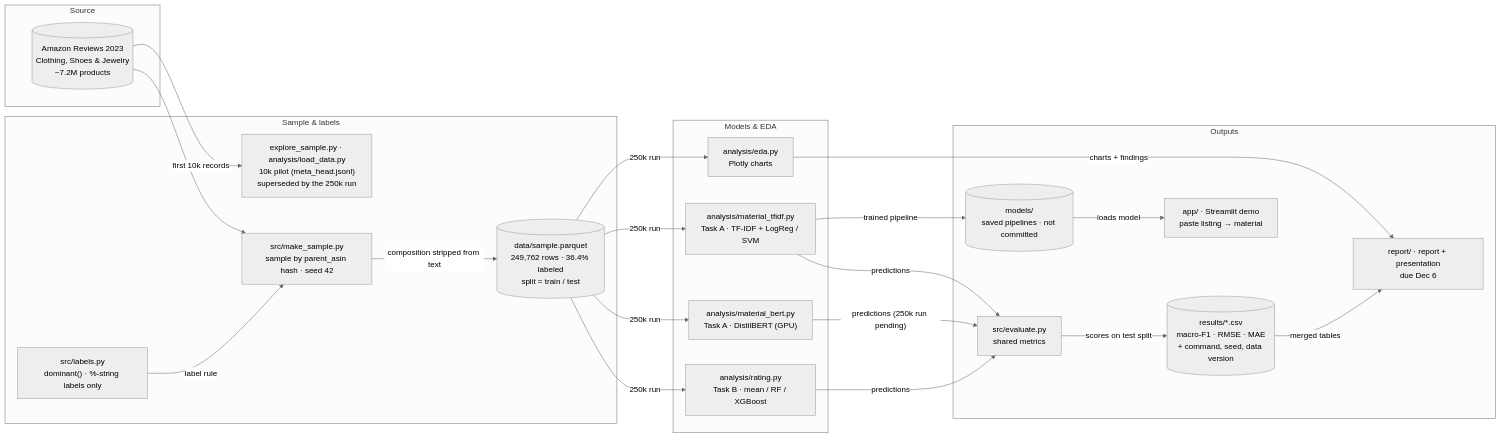
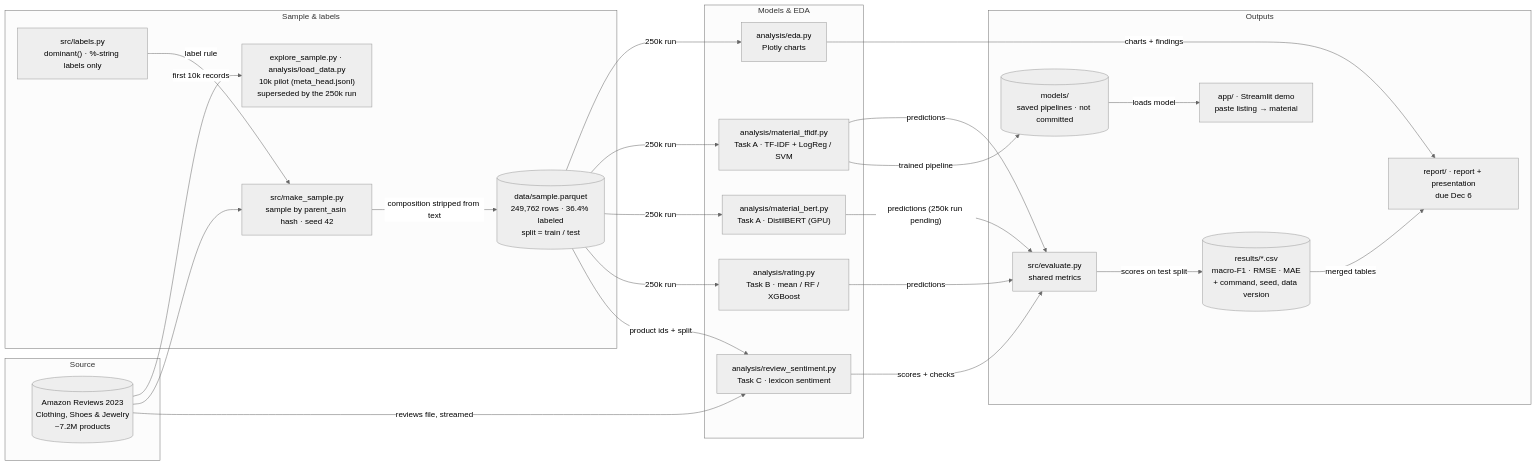
One commit to johnha912/amazon-clothing-material changed the diagram in report/assets/project-pipeline.mmd. Above: the diagram before and after it, drawn with Mermaid (neutral theme). The commit also changed 33 other files, not shown here.

```diff
--- a/report/assets/project-pipeline.mmd
+++ b/report/assets/project-pipeline.mmd
@@ -1,43 +1,47 @@
 flowchart LR
     subgraph S0["Source"]
         hf[("Amazon Reviews 2023<br/>Clothing, Shoes & Jewelry<br/>~7.2M products")]
     end
 
     subgraph S1["Sample & labels"]
         pilot["explore_sample.py · analysis/load_data.py<br/>10k pilot (meta_head.jsonl)<br/>superseded by the 250k run"]
         labels["src/labels.py<br/>dominant() · %-string labels only"]
         makesample["src/make_sample.py<br/>sample by parent_asin hash · seed 42"]
         sample[("data/sample.parquet<br/>249,762 rows · 36.4% labeled<br/>split = train / test")]
     end
 
     subgraph S2["Models & EDA"]
         eda["analysis/eda.py<br/>Plotly charts"]
         tfidf["analysis/material_tfidf.py<br/>Task A · TF-IDF + LogReg / SVM"]
         bert["analysis/material_bert.py<br/>Task A · DistilBERT (GPU)"]
         rating["analysis/rating.py<br/>Task B · mean / RF / XGBoost"]
+        sent["analysis/review_sentiment.py<br/>Task C · lexicon sentiment"]
     end
 
     subgraph S3["Outputs"]
         evaluate["src/evaluate.py<br/>shared metrics"]
         results[("results/*.csv<br/>macro-F1 · RMSE · MAE<br/>+ command, seed, data version")]
         model[("models/<br/>saved pipelines · not committed")]
         app["app/ · Streamlit demo<br/>paste listing → material"]
         report["report/ · report + presentation<br/>due Dec 6"]
     end
 
     hf -- "first 10k records" --> pilot
     hf --> makesample
     labels -- "label rule" --> makesample
     makesample -- "composition stripped from text" --> sample
     sample -- "250k run" --> eda
     sample -- "250k run" --> tfidf
     sample -- "250k run" --> bert
     sample -- "250k run" --> rating
+    hf -- "reviews file, streamed" --> sent
+    sample -- "product ids + split" --> sent
     tfidf -- "predictions" --> evaluate
     bert -- "predictions (250k run pending)" --> evaluate
     rating -- "predictions" --> evaluate
+    sent -- "scores + checks" --> evaluate
     evaluate -- "scores on test split" --> results
     tfidf -- "trained pipeline" --> model
     model -- "loads model" --> app
     eda -- "charts + findings" --> report
     results -- "merged tables" --> report
```
